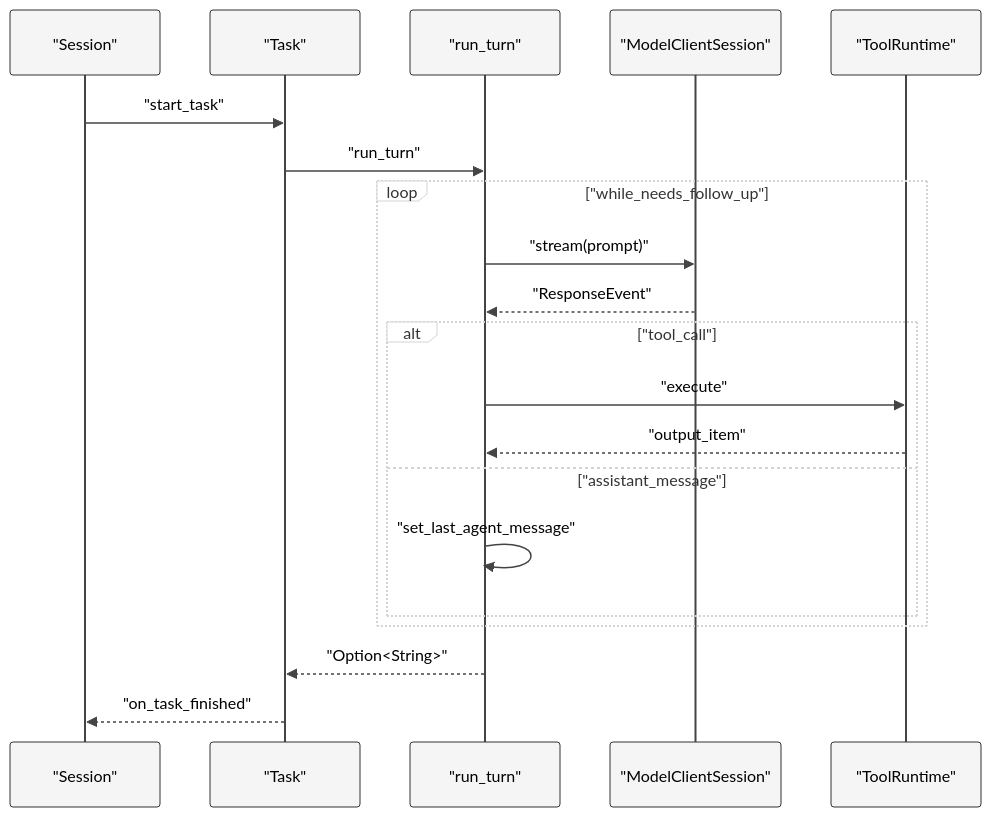
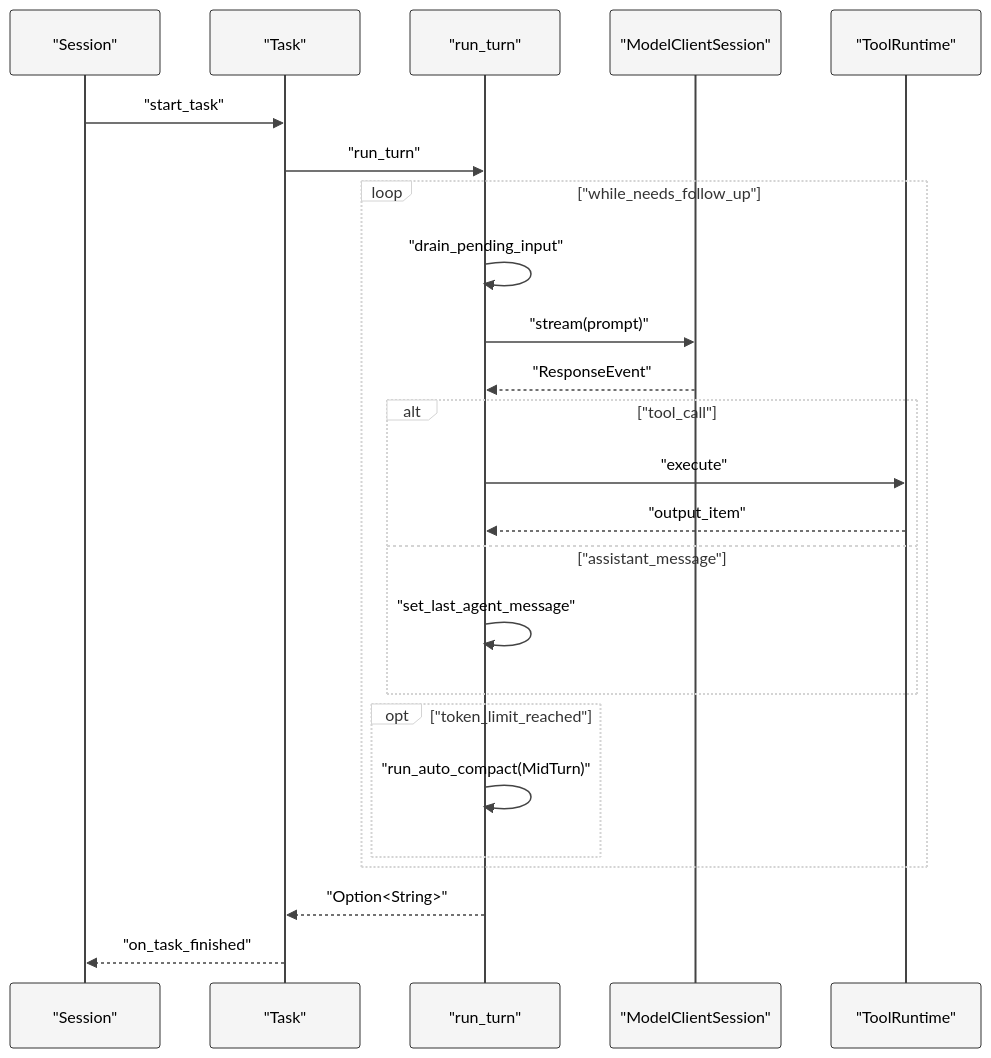
The third of 6 diagrams in Part I Principles and Usage/06-Agent核心循环.md (GLBB/codex-source-analysis), drawn with Mermaid before and after one commit. The commit also changed other lines of this file and 3 other files, not shown here.

````diff
--- a/Part I Principles and Usage/06-Agent核心循环.md
+++ b/Part I Principles and Usage/06-Agent核心循环.md
@@ -273,23 +317,27 @@
 ```mermaid
 %%{init: {"theme":"neutral","themeCSS":"svg { background: #ffffff !important; } .label, .messageText, .loopText, .noteText, text { fill: #000000 !important; color: #000000 !important; }","themeVariables":{"background":"#ffffff","mainBkg":"#ffffff","primaryColor":"#f5f5f5","primaryTextColor":"#000000","primaryBorderColor":"#333333","lineColor":"#444444","textColor":"#000000","actorBkg":"#f5f5f5","actorBorder":"#333333","actorTextColor":"#000000","actorLineColor":"#444444","activationBkg":"#e8e8e8","activationBorderColor":"#333333","noteBkgColor":"#f0f0f0","noteBorderColor":"#888888","noteTextColor":"#000000","signalColor":"#444444","signalTextColor":"#000000","fontFamily":"Helvetica"}}}%%
 sequenceDiagram
     participant Sess as "Session"
     participant Task as "Task"
     participant Turn as "run_turn"
     participant Model as "ModelClientSession"
     participant Tool as "ToolRuntime"
     Sess->>Task: "start_task"
     Task->>Turn: "run_turn"
     loop "while_needs_follow_up"
+        Turn->>Turn: "drain_pending_input"
         Turn->>Model: "stream(prompt)"
         Model-->>Turn: "ResponseEvent"
         alt "tool_call"
             Turn->>Tool: "execute"
             Tool-->>Turn: "output_item"
         else "assistant_message"
             Turn->>Turn: "set_last_agent_message"
         end
+        opt "token_limit_reached"
+            Turn->>Turn: "run_auto_compact(MidTurn)"
+        end
     end
     Turn-->>Task: "Option<String>"
     Task-->>Sess: "on_task_finished"
 ```
````
